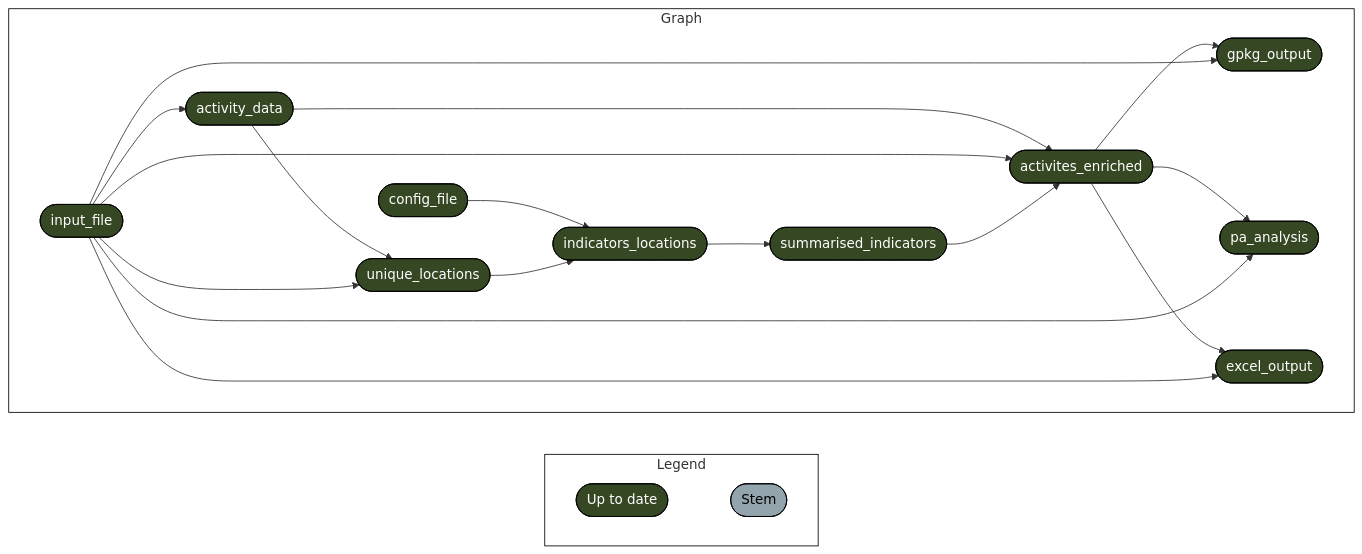
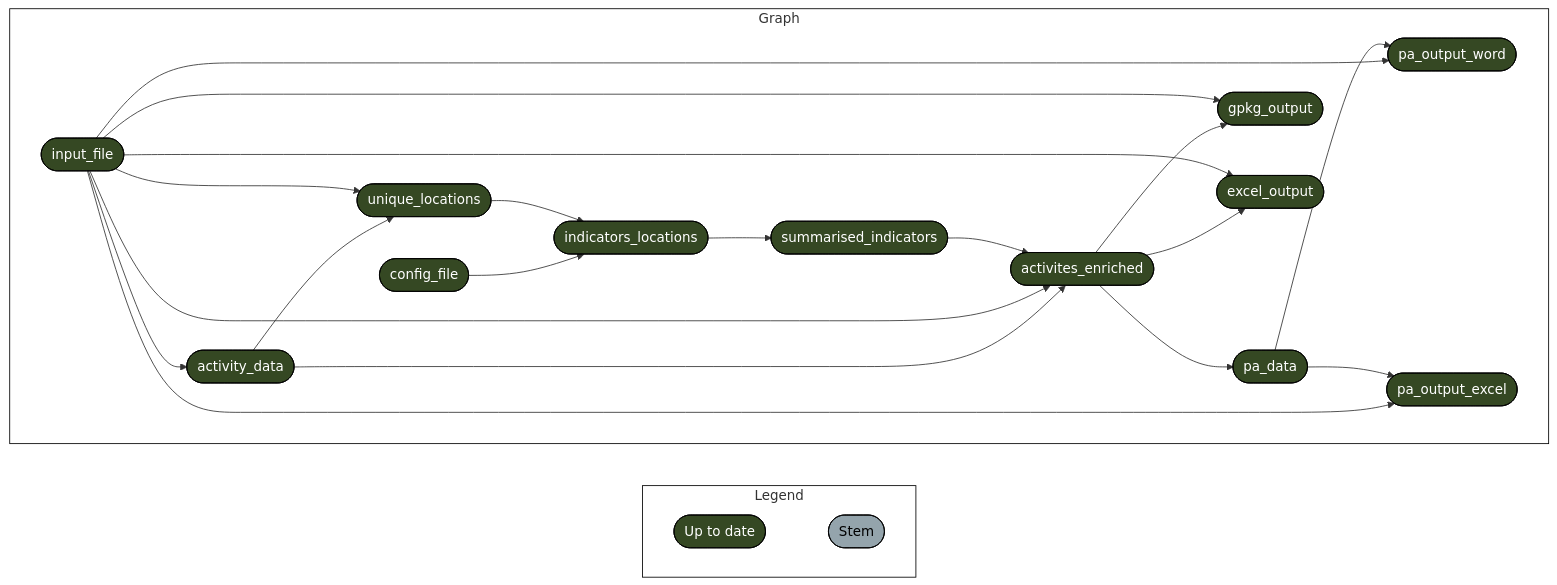
Before and after one commit to mapme-initiative/oda-portfolio: the diagram in README.md, drawn with Mermaid.

Commit message:
render readme

````diff
--- a/README.md
+++ b/README.md
@@ -19,30 +19,33 @@
 ``` mermaid
 graph LR
   style Legend fill:#FFFFFF00,stroke:#000000;
   style Graph fill:#FFFFFF00,stroke:#000000;
   subgraph Legend
     direction LR
     xf1522833a4d242c5([""Up to date""]):::uptodate --- xd03d7c7dd2ddda2b([""Stem""]):::none
   end
   subgraph Graph
     direction LR
+    x721addc77afbcf42(["input_file"]):::uptodate --> x16b7b3078fdccc78(["pa_output_word"]):::uptodate
+    xa355481dcc1a3b39(["pa_data"]):::uptodate --> x16b7b3078fdccc78(["pa_output_word"]):::uptodate
+    x31d8d3daa8f8e034(["activites_enriched"]):::uptodate --> xa355481dcc1a3b39(["pa_data"]):::uptodate
     x31d8d3daa8f8e034(["activites_enriched"]):::uptodate --> x87ba475ce69b80a8(["gpkg_output"]):::uptodate
     x721addc77afbcf42(["input_file"]):::uptodate --> x87ba475ce69b80a8(["gpkg_output"]):::uptodate
     x721addc77afbcf42(["input_file"]):::uptodate --> x9be9fe4c25e464e0(["activity_data"]):::uptodate
     xd80c6efdd95a74a4(["indicators_locations"]):::uptodate --> x1ba9c4ef45365262(["summarised_indicators"]):::uptodate
     x9be9fe4c25e464e0(["activity_data"]):::uptodate --> x901ac07110e697ee(["unique_locations"]):::uptodate
     x721addc77afbcf42(["input_file"]):::uptodate --> x901ac07110e697ee(["unique_locations"]):::uptodate
-    x31d8d3daa8f8e034(["activites_enriched"]):::uptodate --> x01c0df6efcc597df(["pa_analysis"]):::uptodate
-    x721addc77afbcf42(["input_file"]):::uptodate --> x01c0df6efcc597df(["pa_analysis"]):::uptodate
+    x721addc77afbcf42(["input_file"]):::uptodate --> xf39fc5dec6b9a973(["pa_output_excel"]):::uptodate
+    xa355481dcc1a3b39(["pa_data"]):::uptodate --> xf39fc5dec6b9a973(["pa_output_excel"]):::uptodate
     x9be9fe4c25e464e0(["activity_data"]):::uptodate --> x31d8d3daa8f8e034(["activites_enriched"]):::uptodate
     x721addc77afbcf42(["input_file"]):::uptodate --> x31d8d3daa8f8e034(["activites_enriched"]):::uptodate
     x1ba9c4ef45365262(["summarised_indicators"]):::uptodate --> x31d8d3daa8f8e034(["activites_enriched"]):::uptodate
     x31d8d3daa8f8e034(["activites_enriched"]):::uptodate --> x79629de1855e879d(["excel_output"]):::uptodate
     x721addc77afbcf42(["input_file"]):::uptodate --> x79629de1855e879d(["excel_output"]):::uptodate
     x9909b451a6a56060(["config_file"]):::uptodate --> xd80c6efdd95a74a4(["indicators_locations"]):::uptodate
     x901ac07110e697ee(["unique_locations"]):::uptodate --> xd80c6efdd95a74a4(["indicators_locations"]):::uptodate
   end
   classDef uptodate stroke:#000000,color:#ffffff,fill:#354823;
   classDef none stroke:#000000,color:#000000,fill:#94a4ac;
   linkStyle 0 stroke-width:0px;
 ```
````
